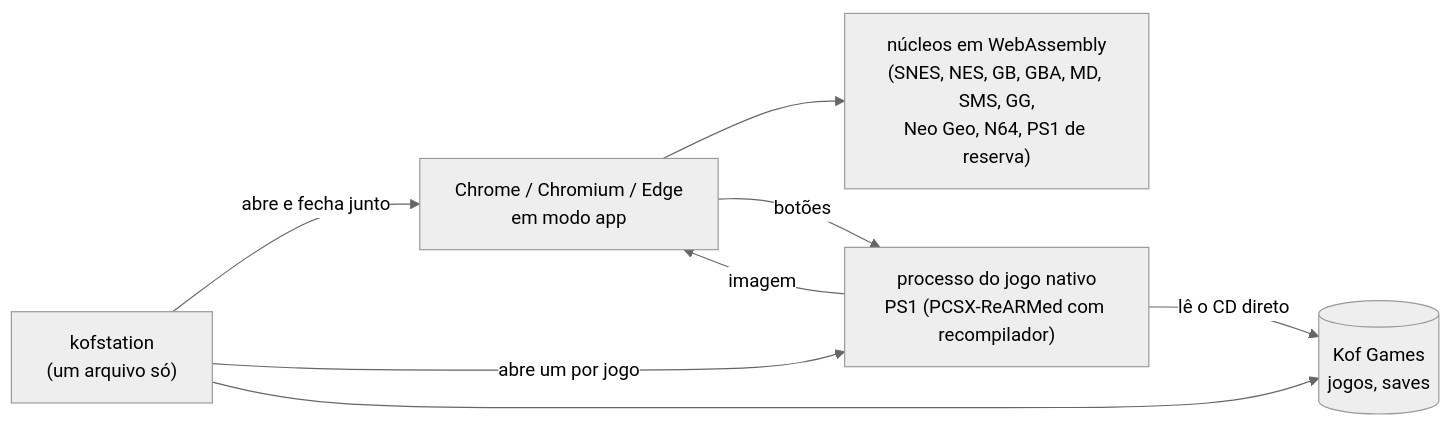
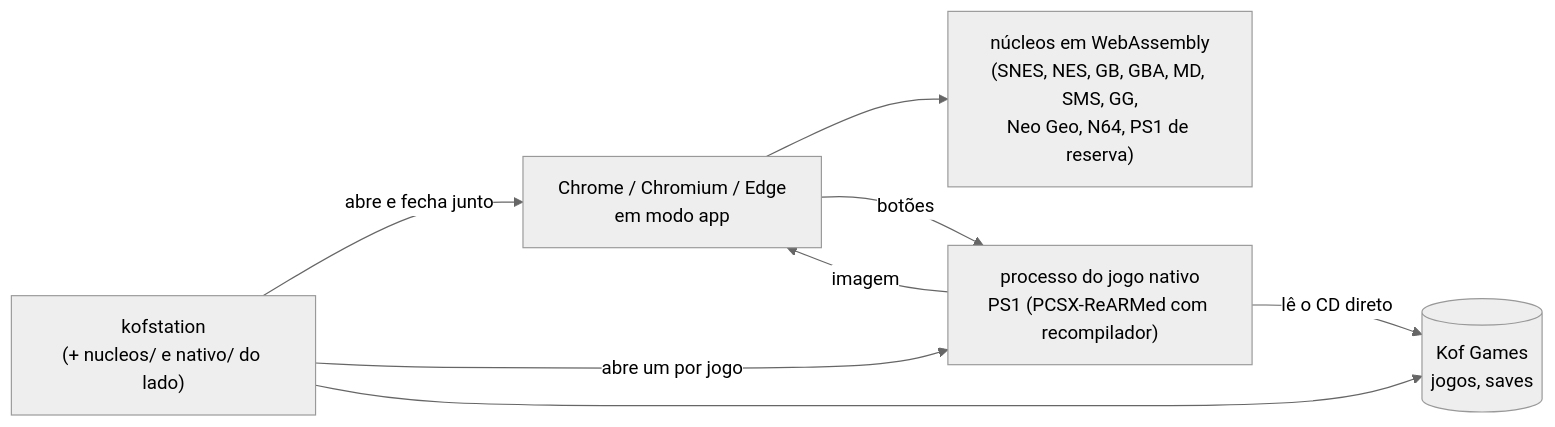
The diagram in docs/SITUACAO.md (Marcelao98/KOFstation), drawn with Mermaid (neutral theme) before and after one commit. The commit also changed other lines of this file and 3 other files, not shown here.

First line of the commit message:
JORNAL, SITUACAO e ROADMAP da correção do PS1 e da pasta de núcleos; o teste do nativo apaga os CDs gerados

````diff
--- a/docs/SITUACAO.md
+++ b/docs/SITUACAO.md
@@ -30,15 +30,15 @@
 ```mermaid
 flowchart LR
-  EXE["kofstation<br/>(um arquivo só)"]
+  EXE["kofstation<br/>(+ nucleos/ e nativo/ do lado)"]
   NAV["Chrome / Chromium / Edge<br/>em modo app"]
   WASM["núcleos em WebAssembly<br/>(SNES, NES, GB, GBA, MD, SMS, GG,<br/>Neo Geo, N64, PS1 de reserva)"]
   NAT["processo do jogo nativo<br/>PS1 (PCSX-ReARMed com recompilador)"]
   KG[("Kof Games<br/>jogos, saves")]
   EXE -- "abre e fecha junto" --> NAV
   NAV --> WASM
   EXE -- "abre um por jogo" --> NAT
   NAT -- "imagem" --> NAV
   NAV -- "botões" --> NAT
   EXE --> KG
   NAT -- "lê o CD direto" --> KG
 ```
````
